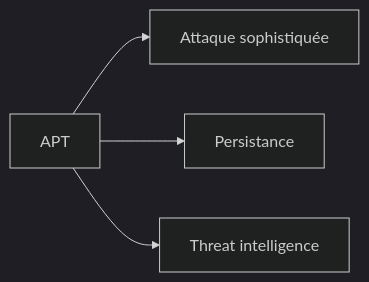
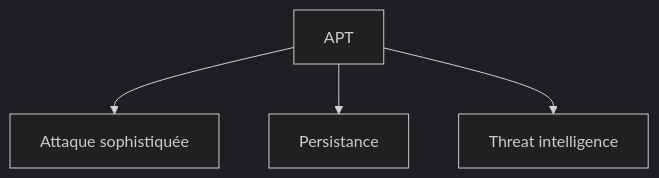
The second of 42 diagrams in docs/glossaire/cybersecurite.md (zyrass/omnydocs), drawn with Mermaid (dark theme) before and after one commit. The commit also changed other lines of this file and 1780 other files, not shown here.

````diff
--- a/docs/glossaire/cybersecurite.md
+++ b/docs/glossaire/cybersecurite.md
@@ -47,6 +57,6 @@
-    ```mermaid
-    graph LR
-        A[APT] --> B[Attaque sophistiquée]
-        A --> C[Persistance]
-        A --> D[Threat intelligence]
-    ```
+```mermaid
+graph TB
+    A[APT] --> B[Attaque sophistiquée]
+    A --> C[Persistance]
+    A --> D[Threat intelligence]
+```
````
